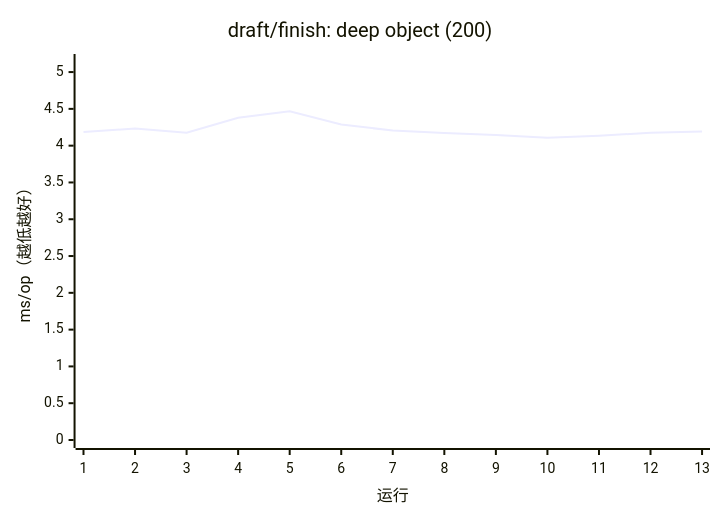
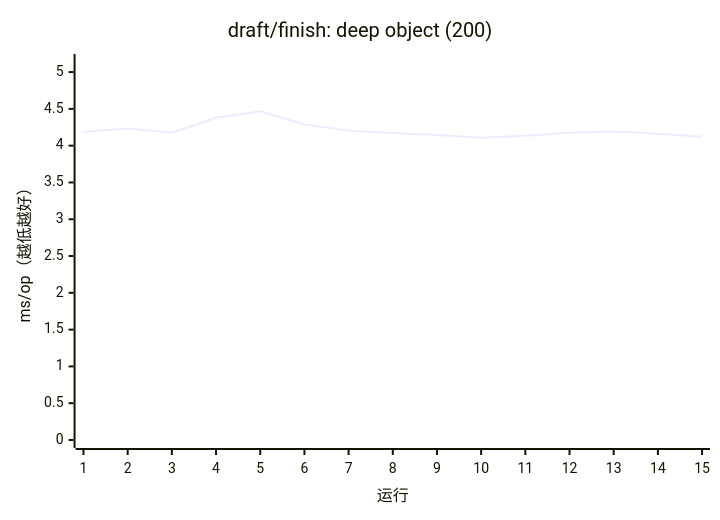
One commit to AIluffy/io changed the eighth of 17 diagrams in apps/docs/src/content/docs/guides/benchmark.mdx. Above: the diagram before and after it, drawn with Mermaid. The commit also changed other lines of this file and 7 other files, not shown here.

````diff
--- a/apps/docs/src/content/docs/guides/benchmark.mdx
+++ b/apps/docs/src/content/docs/guides/benchmark.mdx
@@ -281,7 +283,7 @@
 ```mermaid
 xychart-beta
   title "draft/finish: deep object (200)"
-  x-axis "运行" [1, 2, 3, 4, 5, 6, 7, 8, 9, 10, 11, 12, 13]
+  x-axis "运行" [1, 2, 3, 4, 5, 6, 7, 8, 9, 10, 11, 12, 13, 14, 15]
   y-axis "ms/op（越低越好）" 0 --> 5.1369
-  line [4.1858, 4.2331, 4.1749, 4.3797, 4.4669, 4.2879, 4.2048, 4.1722, 4.1463, 4.107, 4.135, 4.1764, 4.1937]
+  line [4.1858, 4.2331, 4.1749, 4.3797, 4.4669, 4.2879, 4.2048, 4.1722, 4.1463, 4.107, 4.135, 4.1764, 4.1937, 4.1622, 4.1215]
 ```
````
